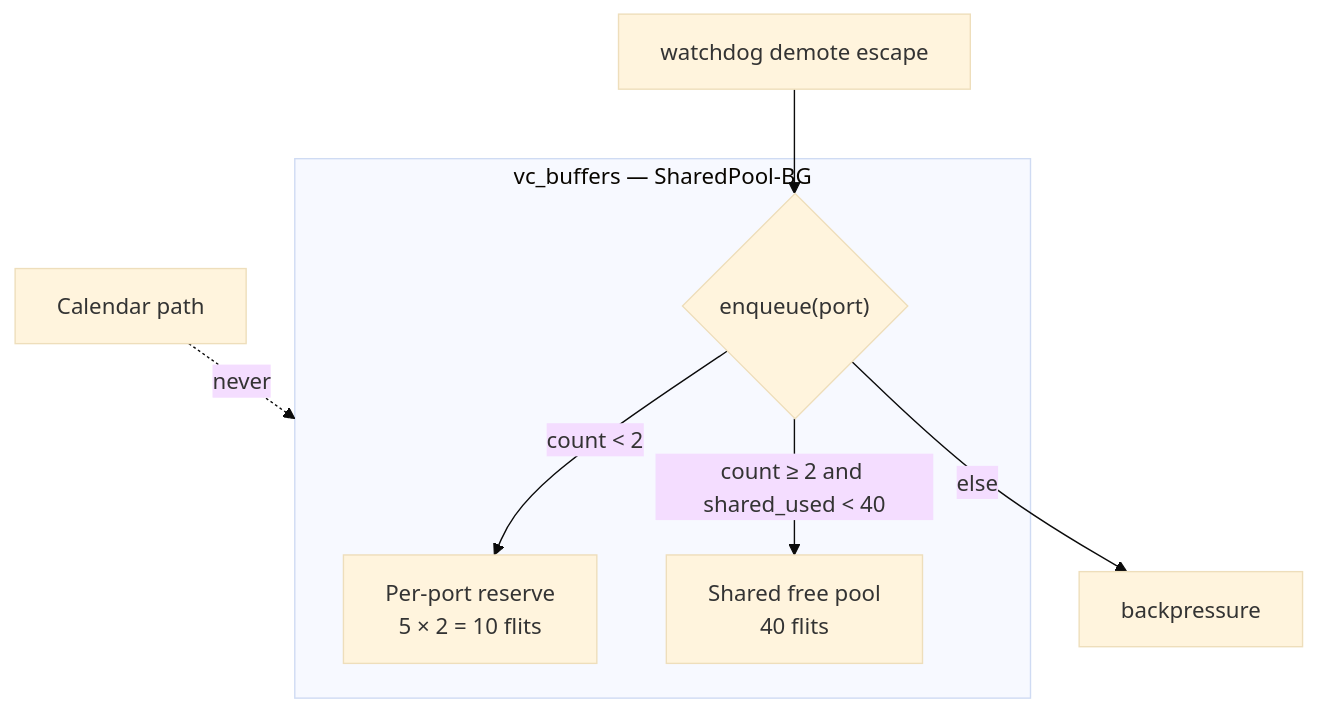
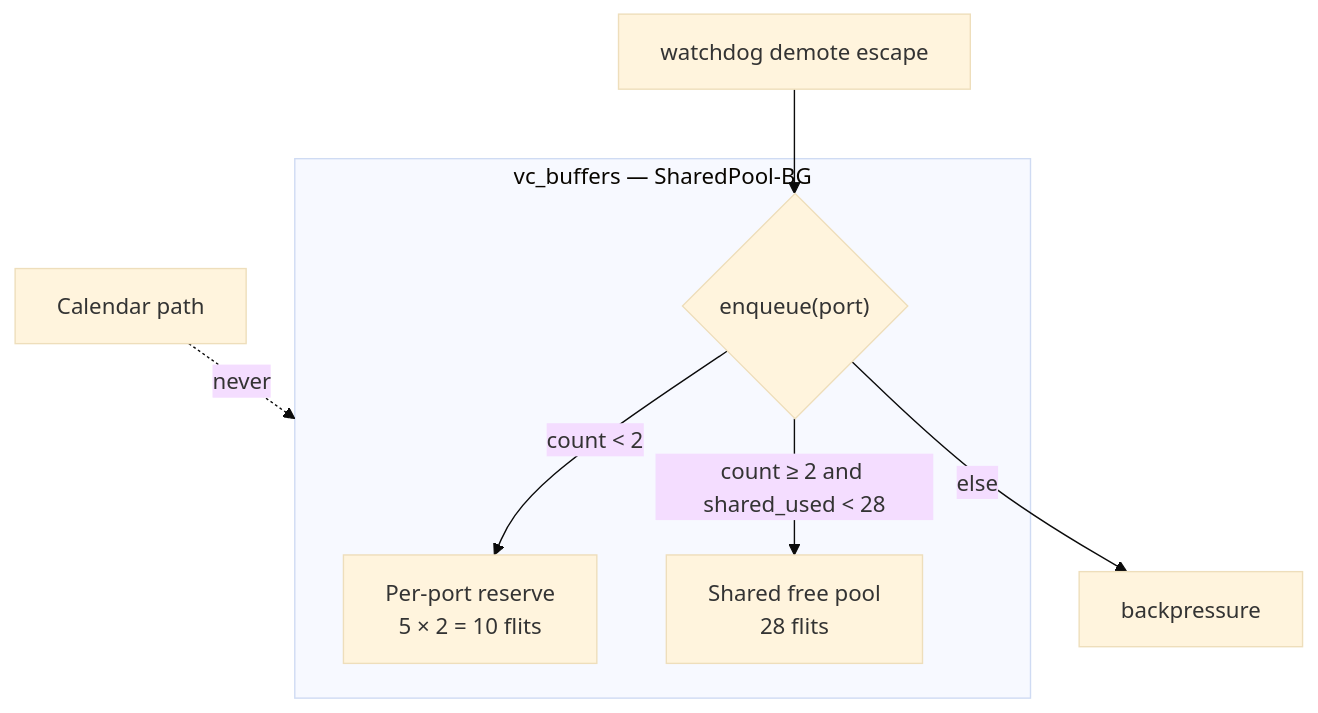
Before and after one commit to lukebest/booksim2: the third of 5 diagrams in docs/phase-2-architecture/architecture-diagram.md, drawn with Mermaid (base theme). The commit also changed other lines of this file and 30 other files, not shown here.

First line of the commit message:
dse: Trial 5 Arch-A5 CalFork + lean SharedPool — area 0.746×

````diff
--- a/docs/phase-2-architecture/architecture-diagram.md
+++ b/docs/phase-2-architecture/architecture-diagram.md
@@ -74,13 +74,13 @@
 ```mermaid
 flowchart TB
   subgraph pool["vc_buffers — SharedPool-BG"]
     RES["Per-port reserve<br/>5 × 2 = 10 flits"]
-    SHR["Shared free pool<br/>40 flits"]
+    SHR["Shared free pool<br/>28 flits"]
     ACC{"enqueue(port)"}
   end
   ACC -->|"count < 2"| RES
-  ACC -->|"count ≥ 2 and shared_used < 40"| SHR
+  ACC -->|"count ≥ 2 and shared_used < 28"| SHR
   ACC -->|"else"| BP["backpressure"]
   CAL["Calendar path"] -.->|"never"| pool
   DEM["watchdog demote escape"] --> ACC
 ```
````
